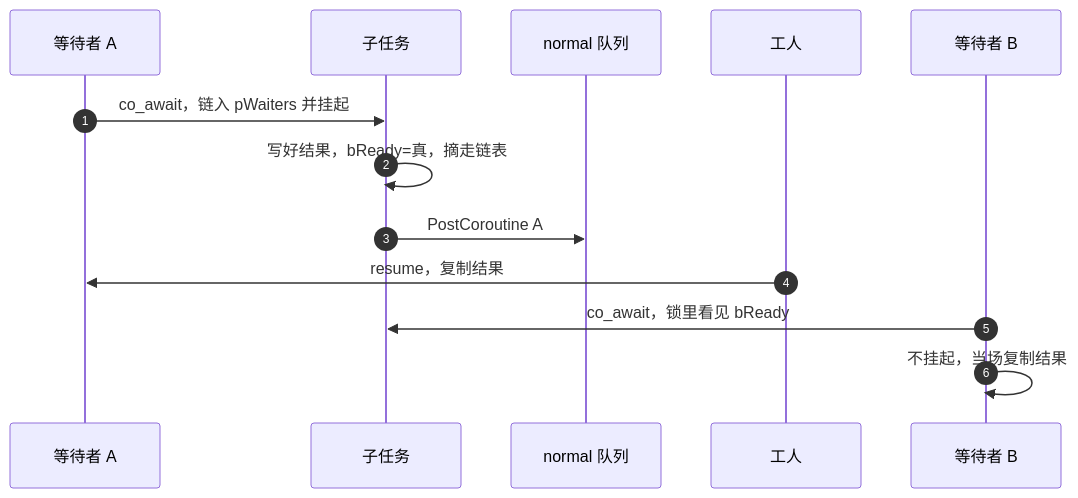
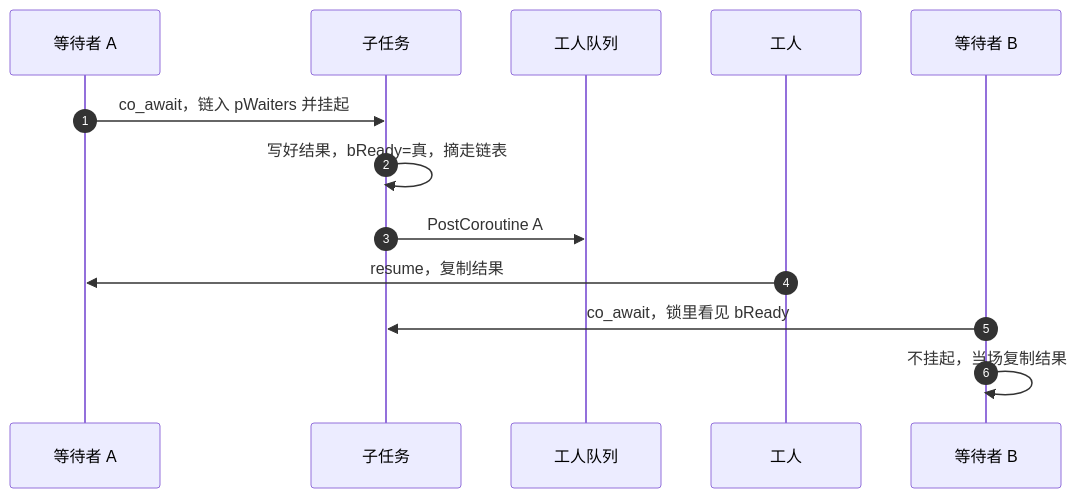
Before and after one commit to orikiaru/openidea: the second of 3 diagrams in docs/sequence-diagram/multi-thread/waiters.md, drawn with Mermaid. The commit also changed other lines of this file and 24 other files, not shown here.

````diff
--- a/docs/sequence-diagram/multi-thread/waiters.md
+++ b/docs/sequence-diagram/multi-thread/waiters.md
@@ -33,16 +33,16 @@
 ```mermaid
 sequenceDiagram
     autonumber
     participant A as 等待者 A
     participant Child as 子任务
-    participant Queue as normal 队列
+    participant Queue as 工人队列
     participant Worker as 工人
     participant B as 等待者 B
 
     A->>Child: co_await，链入 pWaiters 并挂起
     Child->>Child: 写好结果，bReady=真，摘走链表
     Child->>Queue: PostCoroutine A
     Worker->>A: resume，复制结果
     B->>Child: co_await，锁里看见 bReady
     B->>B: 不挂起，当场复制结果
 ```
````
